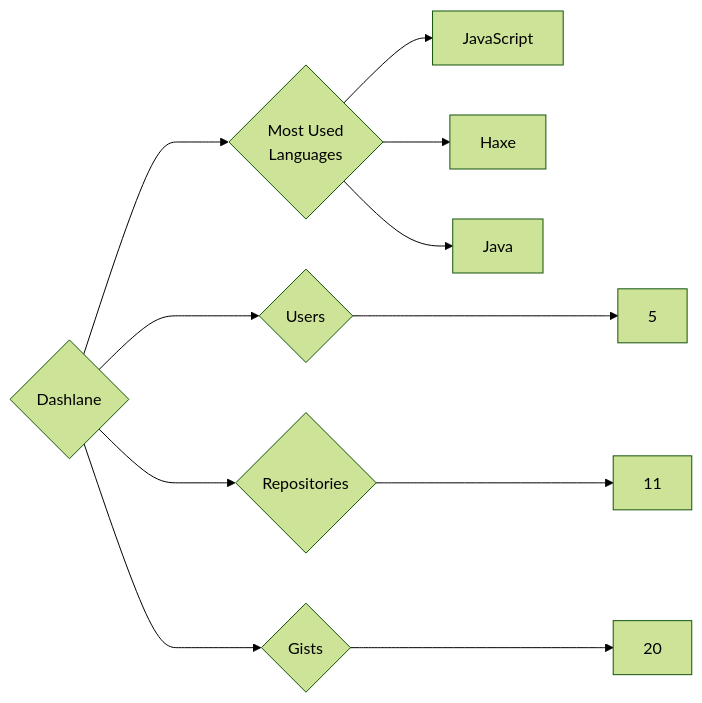
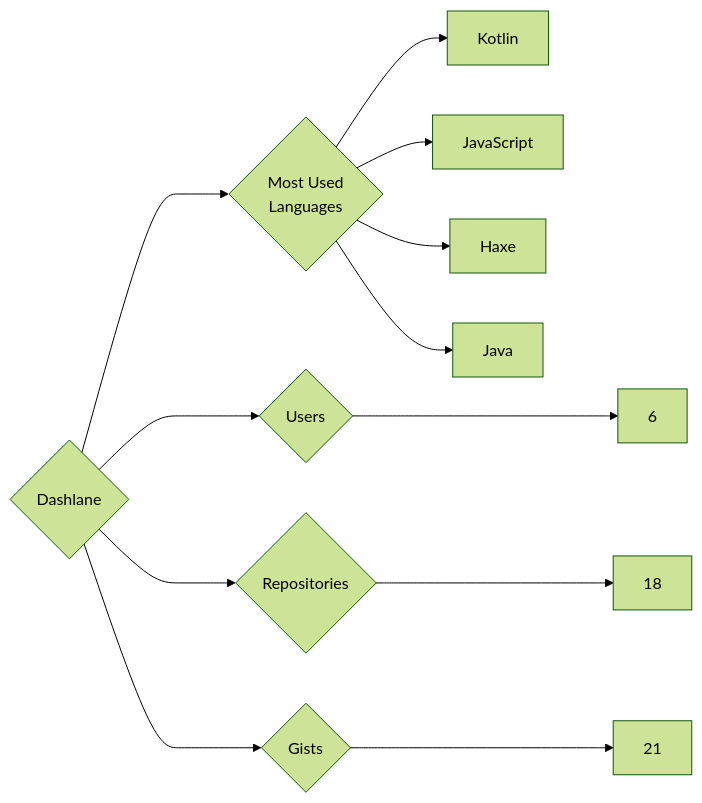
One commit to trickest/insiders changed the diagram in targets/Dashlane/README.md. Above: the diagram before and after it, drawn with Mermaid (forest theme). The commit also changed 997 other files, not shown here.

````diff
--- a/targets/Dashlane/README.md
+++ b/targets/Dashlane/README.md
@@ -3,11 +3,12 @@
 ```mermaid
 graph LR
 COMPANY_NAME{Dashlane}
-COMPANY_NAME ---> U{Users} ---> UN[5]
-COMPANY_NAME ---> R{Repositories} ---> RN[11]
-COMPANY_NAME ---> G{Gists} ---> GN[20]
+COMPANY_NAME ---> U{Users} ---> UN[6]
+COMPANY_NAME ---> R{Repositories} ---> RN[18]
+COMPANY_NAME ---> G{Gists} ---> GN[21]
 COMPANY_NAME ---> ML{Most Used<br>Languages}
+ML --> Kotlin[Kotlin]
 ML --> JavaScript[JavaScript]
 ML --> Haxe[Haxe]
 ML --> Java[Java]
 ```
````
